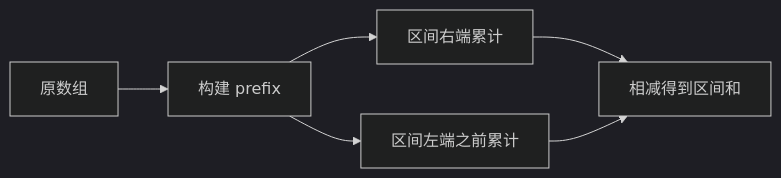
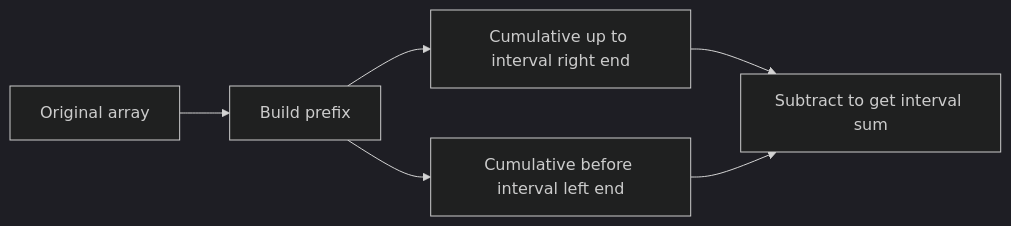
Before and after one commit to HONGLEI111/hhlblog-global: the first of 2 diagrams in src/content/technology/prefix-sum.md, drawn with Mermaid (dark theme). The commit also changed other lines of this file and 33 other files, not shown here.

First line of the commit message:
content(code): 翻译 mermaid 图节点标签（34 文件 / 267 处）

````diff
--- a/src/content/technology/prefix-sum.md
+++ b/src/content/technology/prefix-sum.md
@@ -51,8 +51,8 @@
 ```mermaid
 graph LR
-    A[原数组] --> B[构建 prefix]
-    B --> C[区间右端累计]
-    B --> D[区间左端之前累计]
-    C --> E[相减得到区间和]
+    A[Original array] --> B[Build prefix]
+    B --> C[Cumulative up to interval right end]
+    B --> D[Cumulative before interval left end]
+    C --> E[Subtract to get interval sum]
     D --> E
 ```
````
